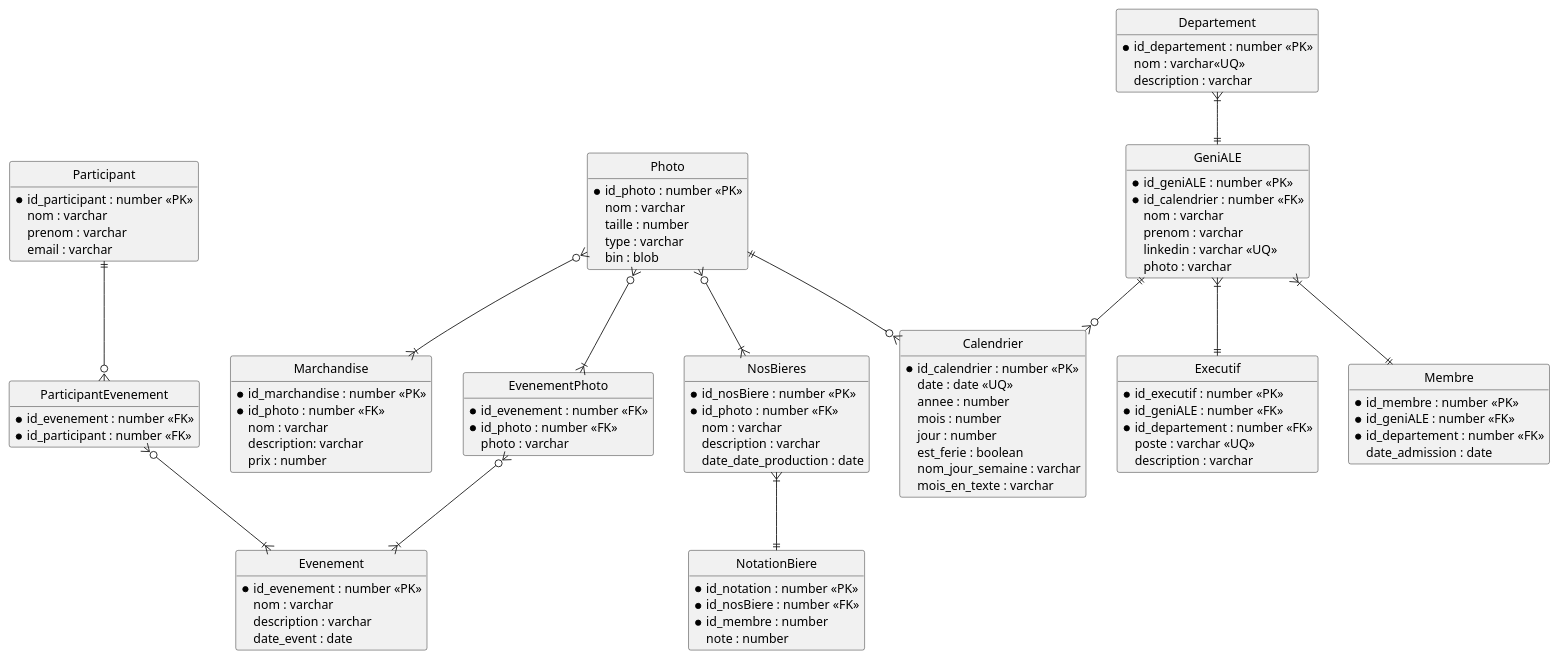
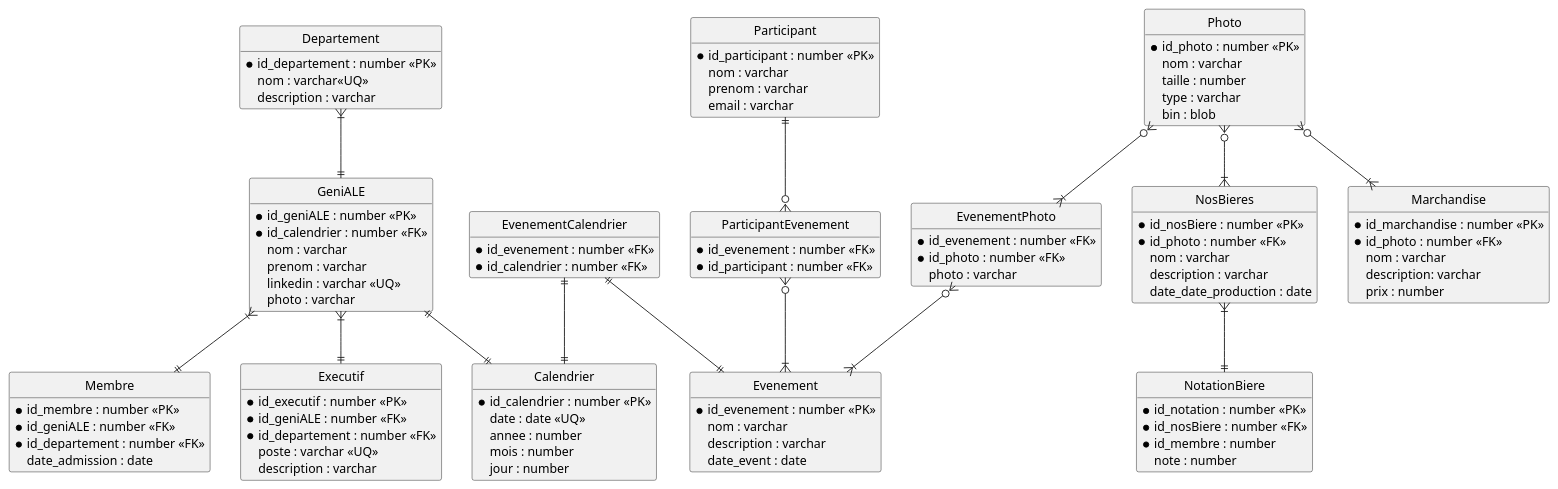
The diagram in doc/MLD-GeneralDB.puml (GeniALE/ApiGeniALE), drawn with PlantUML before and after one commit.

Commit message:
correction et avancement du mld

```diff
--- a/doc/MLD-GeneralDB.puml
+++ b/doc/MLD-GeneralDB.puml
@@ -1,119 +1,123 @@
 @startuml MLD-DataBase
 skinparam style strictuml
 skinparam packageStyle rect
 skinparam defaultfontname xkcd Script
 hide empty members
 
 entity Membre{
     * id_membre : number <<PK>>
     * id_geniALE : number <<FK>>
     * id_departement : number <<FK>>
     date_admission : date
 }
 
 entity GeniALE{
     * id_geniALE : number <<PK>>
     * id_calendrier : number <<FK>>
     nom : varchar
     prenom : varchar
     linkedin : varchar <<UQ>>
     photo : varchar   
 }
 'TODO: modifier le table pour qu'elle représente le calendrier de disponibilité 
 entity Calendrier {
     * id_calendrier : number <<PK>>
     date : date <<UQ>>
     annee : number
     mois : number
     jour : number
-    est_ferie : boolean
-    nom_jour_semaine : varchar
-    mois_en_texte : varchar
 }
 
 
 entity Executif{
     * id_executif : number <<PK>>
     * id_geniALE : number <<FK>>
     * id_departement : number <<FK>>
     poste : varchar <<UQ>>
     description : varchar  
 }
 entity Departement{
     * id_departement : number <<PK>>
     nom : varchar<<UQ>>
     description : varchar
 }
 entity NosBieres{
     * id_nosBiere : number <<PK>>
     * id_photo : number <<FK>>
     nom : varchar
     description : varchar
     date_date_production : date 
 }
 
 entity NotationBiere{
     * id_notation : number <<PK>>
     * id_nosBiere : number <<FK>>
     * id_membre : number
     note : number 
 }
 
 entity Photo{
     * id_photo : number <<PK>>
     nom : varchar
     taille : number
     type : varchar
     bin : blob
 }
 
 entity Marchandise{
     * id_marchandise : number <<PK>>
     * id_photo : number <<FK>>
     nom : varchar
     description: varchar
     prix : number    
 }
 
 entity EvenementPhoto{
     * id_evenement : number <<FK>>
     * id_photo : number <<FK>>
     photo : varchar
 }
 
 entity Evenement{
     * id_evenement : number <<PK>>
     nom : varchar
     description : varchar
     date_event : date
 }
 
 entity ParticipantEvenement{
     * id_evenement : number <<FK>>
     * id_participant : number <<FK>>
 }
 
 entity Participant{
     * id_participant : number <<PK>>
     nom : varchar
     prenom : varchar
     email : varchar
 }
 
+entity EvenementCalendrier{
+    * id_evenement : number <<FK>>
+    * id_calendrier : number <<FK>>
+}
+
 
 GeniALE }|--|| Membre
 GeniALE }|--|| Executif
 Departement }|--|| GeniALE
 
-GeniALE ||--o{ Calendrier
-Photo ||--o{ Calendrier
+GeniALE ||--|| Calendrier
+EvenementCalendrier ||--|| Calendrier
+EvenementCalendrier ||--|| Evenement
 
 Participant ||--o{ ParticipantEvenement
 ParticipantEvenement }o--|{ Evenement
 EvenementPhoto }o--|{ Evenement
+
 Photo }o--|{ EvenementPhoto
 Photo }o--|{ NosBieres
 Photo }o--|{ Marchandise
 
 NosBieres }|--|| NotationBiere
 @enduml
```
